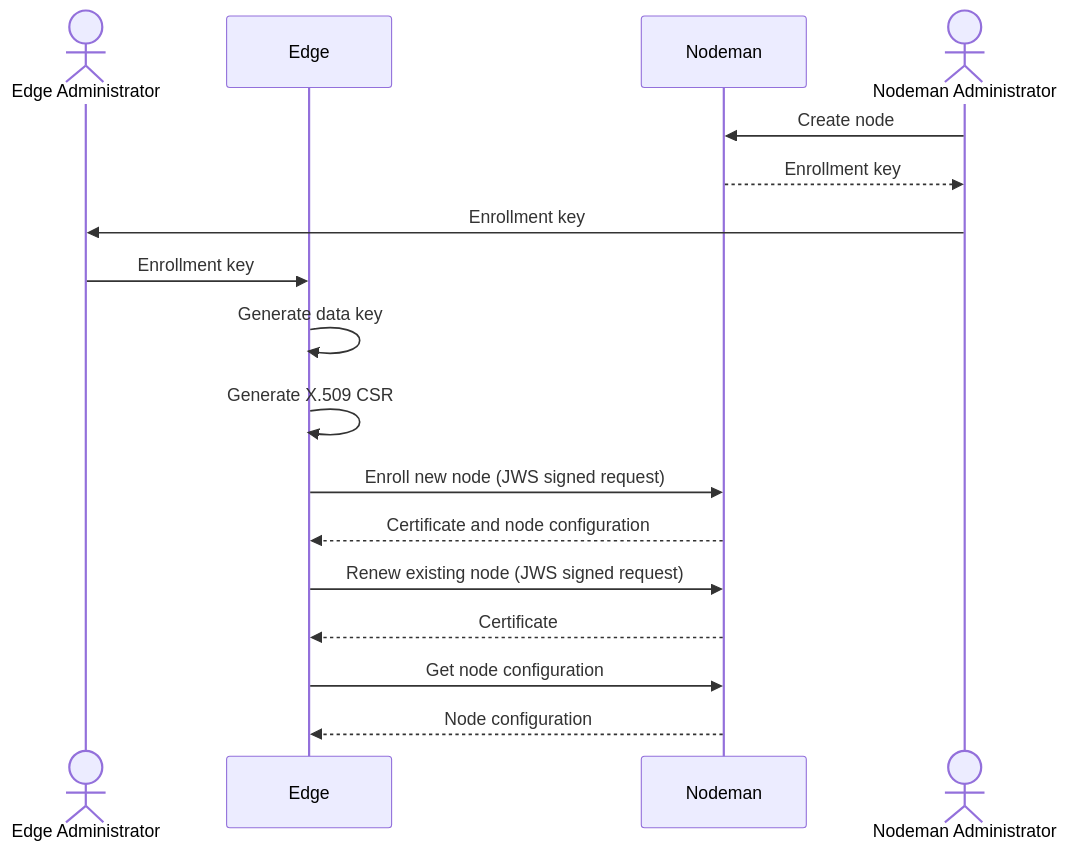
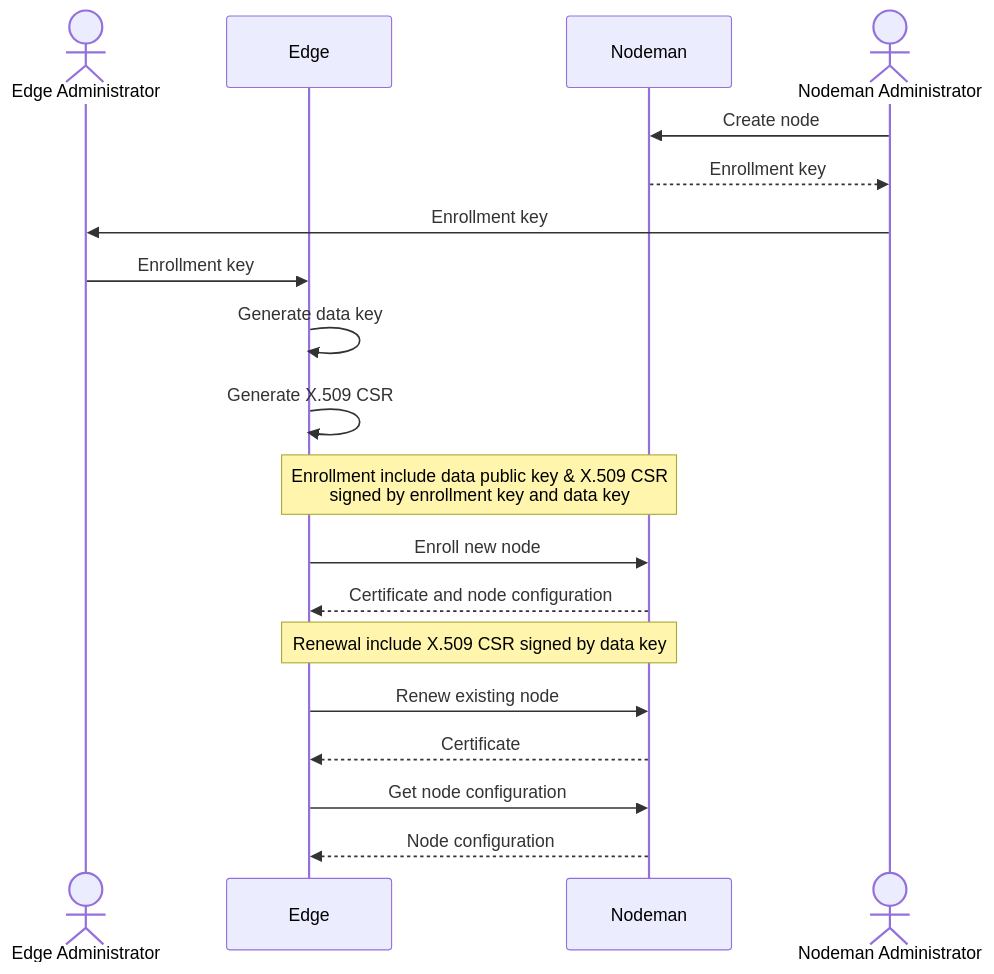
The diagram in README.md (dnstapir/nodeman), drawn with Mermaid before and after one commit.

Commit message:
Clarify signatures

````diff
--- a/README.md
+++ b/README.md
@@ -5,26 +5,31 @@
 ```mermaid
 sequenceDiagram
 
 actor enduser as Edge Administrator
 participant edge as Edge
 
 participant nodeman as Nodeman
 actor admin as Nodeman Administrator
 
 admin->>nodeman: Create node
 nodeman-->>admin: Enrollment key
 admin->>enduser: Enrollment key
 
 enduser->>edge: Enrollment key
 edge->>edge: Generate data key
 edge->>edge: Generate X.509 CSR
 
-edge->>nodeman: Enroll new node (JWS signed request)
+note over edge,nodeman: Enrollment include data public key & X.509 CSR<br/>signed by enrollment key and data key
+
+edge->>nodeman: Enroll new node
 nodeman-->>edge: Certificate and node configuration
 
-edge->>nodeman: Renew existing node (JWS signed request)
+note over edge,nodeman: Renewal include X.509 CSR signed by data key
+
+edge->>nodeman: Renew existing node
 nodeman-->>edge: Certificate
 
 edge->>nodeman: Get node configuration
 nodeman-->>edge: Node configuration
+
 ```
````
